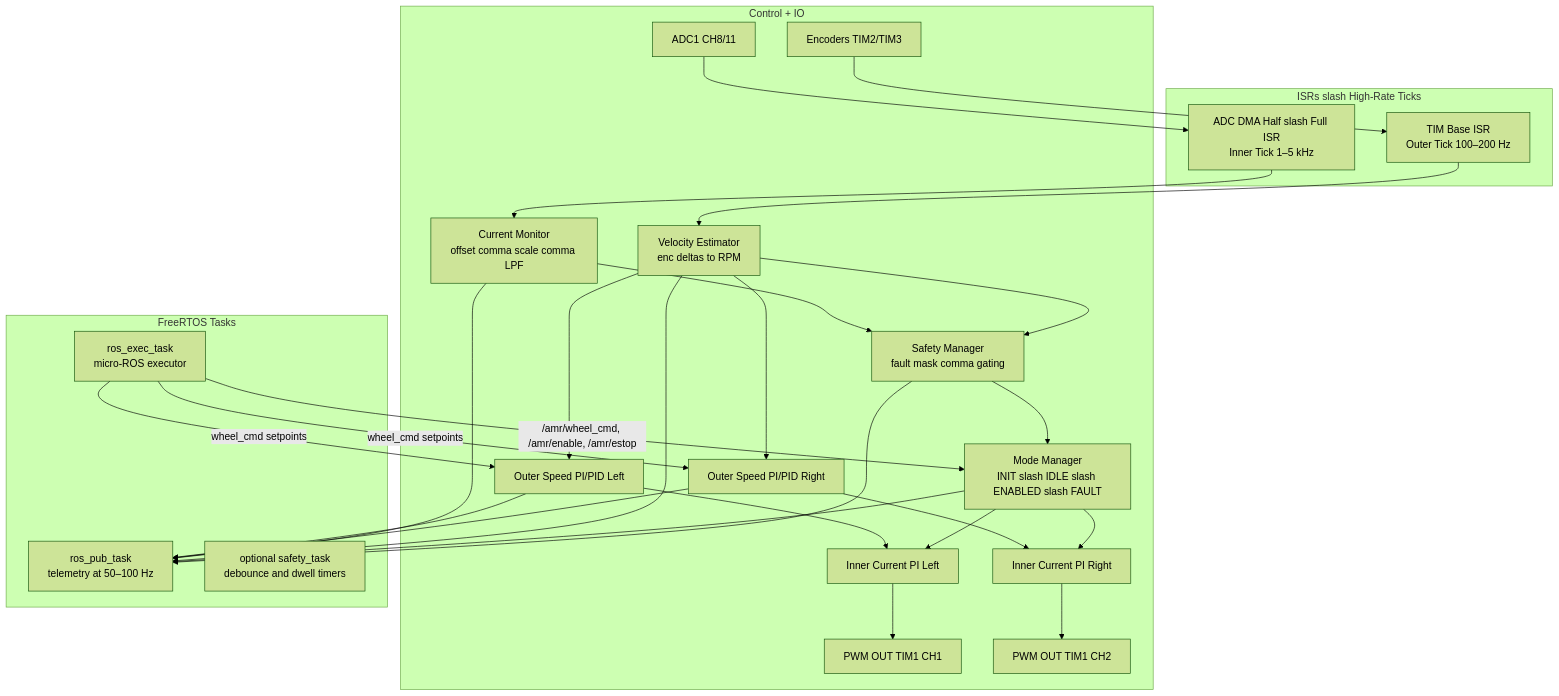
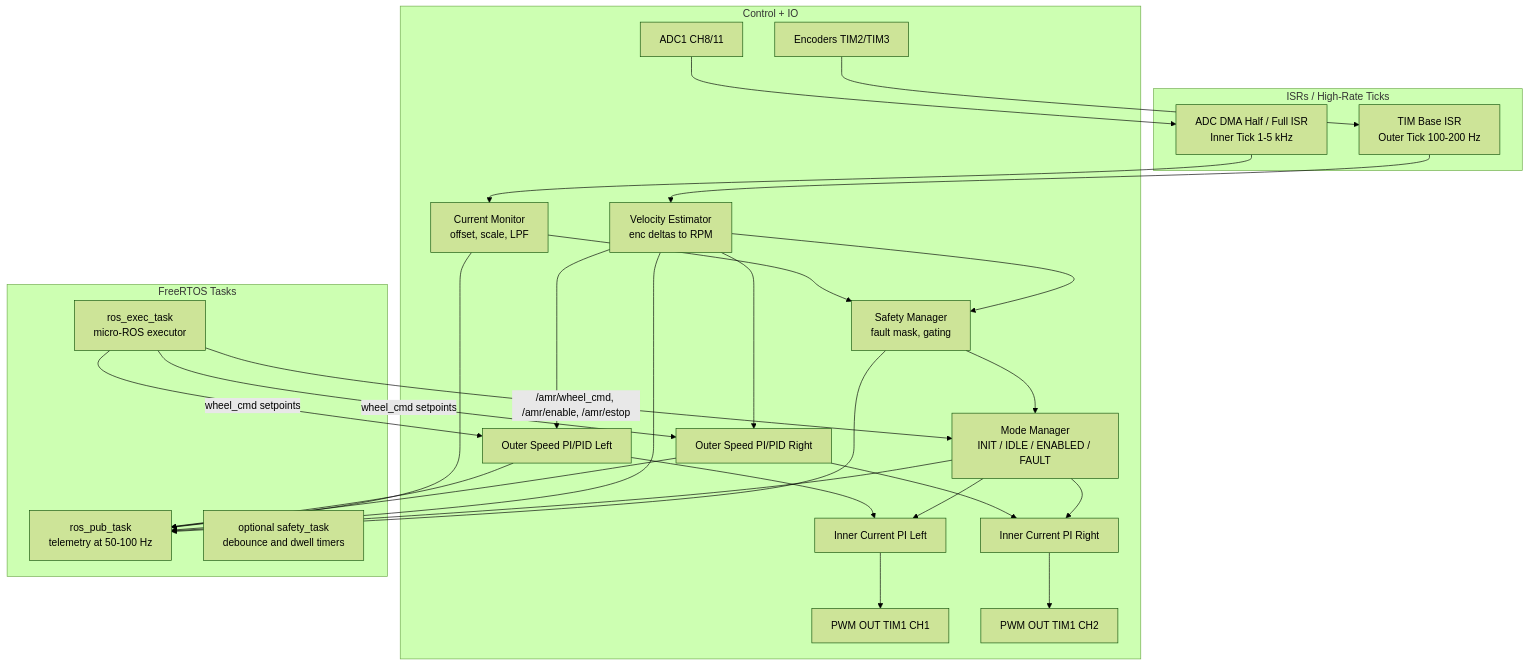
One commit to KartikMehta-1/AMR-development changed the first of 2 diagrams in docs/micro_ros_architecture.md. Above: the diagram before and after it, drawn with Mermaid (forest theme). The commit also changed other lines of this file and 68 other files, not shown here.

````diff
--- a/docs/micro_ros_architecture.md
+++ b/docs/micro_ros_architecture.md
@@ -13,64 +13,64 @@
 ```mermaid
 flowchart TD
-  subgraph ISRS[ISRs slash High-Rate Ticks]
-    ADCISR[ADC DMA Half slash Full ISR\nInner Tick 1–5 kHz]
-    TIMWISR[TIM Base ISR\nOuter Tick 100–200 Hz]
+  subgraph ISRS[ISRs / High-Rate Ticks]
+    ADCISR[ADC DMA Half / Full ISR\nInner Tick 1-5 kHz]
+    TIMWISR[TIM Base ISR\nOuter Tick 100-200 Hz]
   end
 
   subgraph CTRL[Control + IO]
-    CURMON[Current Monitor\noffset comma scale comma LPF]
+    CURMON[Current Monitor\noffset, scale, LPF]
     I_L[Inner Current PI Left]
     I_R[Inner Current PI Right]
     W_L[Outer Speed PI/PID Left]
     W_R[Outer Speed PI/PID Right]
     VEL[Velocity Estimator\nenc deltas to RPM]
-    SAFE[Safety Manager\nfault mask comma gating]
-    MODE[Mode Manager\nINIT slash IDLE slash ENABLED slash FAULT]
+    SAFE[Safety Manager\nfault mask, gating]
+    MODE[Mode Manager\nINIT / IDLE / ENABLED / FAULT]
     PWM1[PWM OUT TIM1 CH1]
     PWM2[PWM OUT TIM1 CH2]
     ENC[Encoders TIM2/TIM3]
     ADC[ADC1 CH8/11]
   end
 
   subgraph TASKS[FreeRTOS Tasks]
     REXEC[ros_exec_task\nmicro-ROS executor]
-    RPUB[ros_pub_task\ntelemetry at 50–100 Hz]
+    RPUB[ros_pub_task\ntelemetry at 50-100 Hz]
     SAFET[optional safety_task\ndebounce and dwell timers]
   end
 
-  %% Sensors → Estimation
+  %% Sensors + Estimation
   ADC --> ADCISR
   ADCISR --> CURMON
   ENC --> TIMWISR
   TIMWISR --> VEL
 
-  %% Outer → Inner
+  %% Outer + Inner
   VEL --> W_L
   VEL --> W_R
   W_L --> I_L
   W_R --> I_R
 
-  %% Inner → Actuation
+  %% Inner + Actuation
   I_L --> PWM1
   I_R --> PWM2
 
   %% Safety & Mode gating
   CURMON --> SAFE
   VEL --> SAFE
   SAFE --> MODE
   MODE --> I_L
   MODE --> I_R
 
   %% ROS IO coupling via mailboxes
   REXEC -->|/amr/wheel_cmd, /amr/enable, /amr/estop| MODE
   REXEC -->|wheel_cmd setpoints| W_L
   REXEC -->|wheel_cmd setpoints| W_R
 
   %% Telemetry publishing snapshots
   W_L --> RPUB
   W_R --> RPUB
   CURMON --> RPUB
   VEL --> RPUB
   MODE --> RPUB
   SAFE --> RPUB
 ```
````
